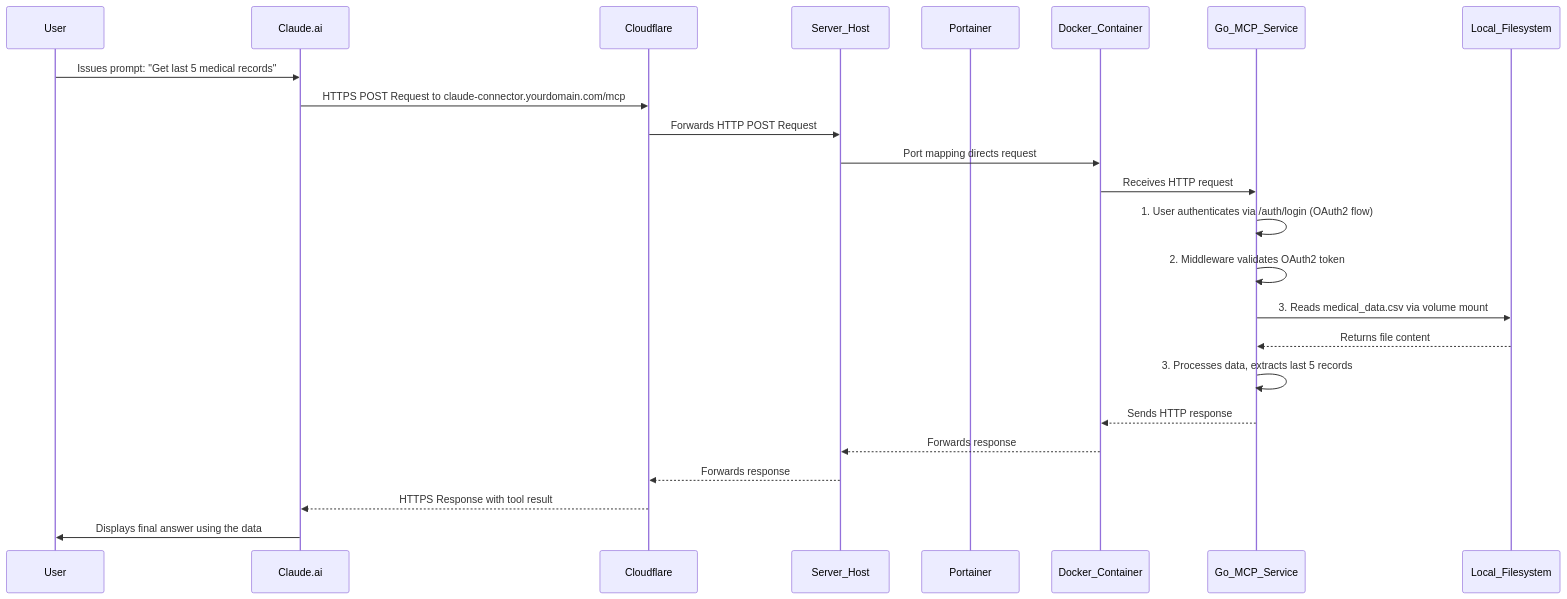
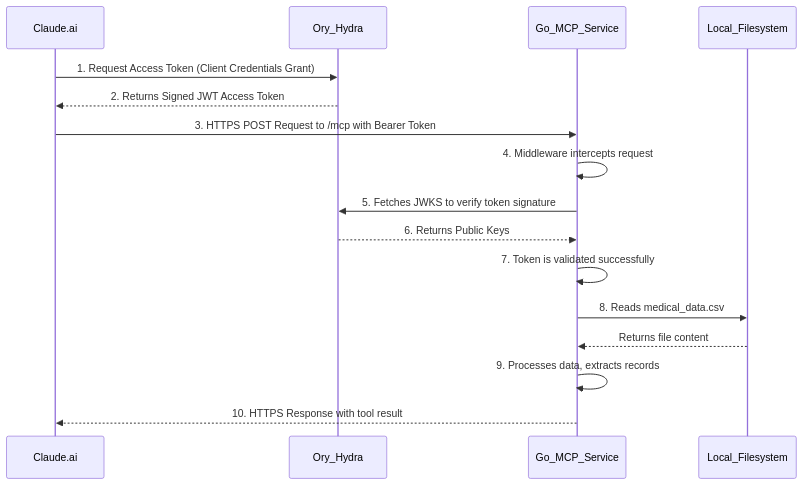
Before and after one commit to korjavin/claude_connector: the diagram in architecture.md, drawn with Mermaid. The commit also changed other lines of this file and 11 other files, not shown here.

First line of the commit message:
feat: Implement OAuth2 provider using Ory Hydra

````diff
--- a/architecture.md
+++ b/architecture.md
@@ -11,27 +11,20 @@
 ```mermaid
 sequenceDiagram
-    participant User
     participant Claude.ai
-    participant Cloudflare
-    participant Server_Host
-    participant Portainer
-    participant Docker_Container
+    participant Ory_Hydra
     participant Go_MCP_Service
     participant Local_Filesystem
 
-    User->>Claude.ai: Issues prompt: "Get last 5 medical records"
-    Claude.ai->>Cloudflare: HTTPS POST Request to claude-connector.yourdomain.com/mcp
-    Cloudflare->>Server_Host: Forwards HTTP POST Request
-    Server_Host->>Docker_Container: Port mapping directs request
-    Docker_Container->>Go_MCP_Service: Receives HTTP request
-    Go_MCP_Service->>Go_MCP_Service: 1. User authenticates via /auth/login (OAuth2 flow)
-    Go_MCP_Service->>Go_MCP_Service: 2. Middleware validates OAuth2 token
-    Go_MCP_Service->>Local_Filesystem: 3. Reads medical_data.csv via volume mount
+    Claude.ai->>Ory_Hydra: 1. Request Access Token (Client Credentials Grant)
+    Ory_Hydra-->>Claude.ai: 2. Returns Signed JWT Access Token
+
+    Claude.ai->>Go_MCP_Service: 3. HTTPS POST Request to /mcp with Bearer Token
+    Go_MCP_Service->>Go_MCP_Service: 4. Middleware intercepts request
+    Go_MCP_Service->>Ory_Hydra: 5. Fetches JWKS to verify token signature
+    Ory_Hydra-->>Go_MCP_Service: 6. Returns Public Keys
+    Go_MCP_Service->>Go_MCP_Service: 7. Token is validated successfully
+    Go_MCP_Service->>Local_Filesystem: 8. Reads medical_data.csv
     Local_Filesystem-->>Go_MCP_Service: Returns file content
-    Go_MCP_Service->>Go_MCP_Service: 3. Processes data, extracts last 5 records
-    Go_MCP_Service-->>Docker_Container: Sends HTTP response
-    Docker_Container-->>Server_Host: Forwards response
-    Server_Host-->>Cloudflare: Forwards response
-    Cloudflare-->>Claude.ai: HTTPS Response with tool result
-    Claude.ai->>User: Displays final answer using the data
+    Go_MCP_Service->>Go_MCP_Service: 9. Processes data, extracts records
+    Go_MCP_Service-->>Claude.ai: 10. HTTPS Response with tool result
 ```
````
